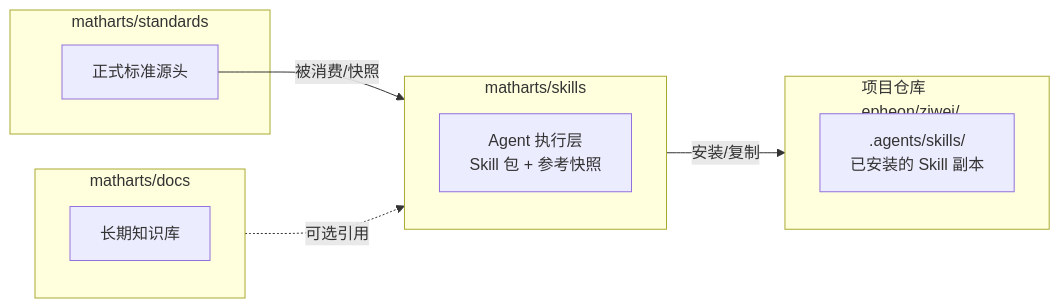
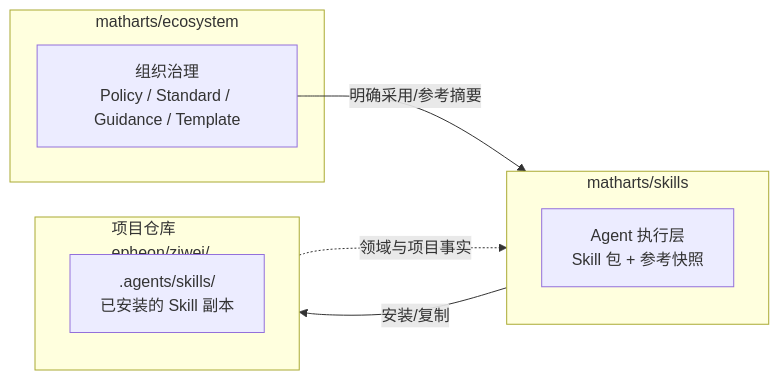
The first of 7 diagrams in docs/DESIGN.md (matharts/skills), drawn with Mermaid before and after one commit. The commit also changed other lines of this file and 3 other files, not shown here.

Commit message:
docs(governance): align skills ecosystem boundary

````diff
--- a/docs/DESIGN.md
+++ b/docs/DESIGN.md
@@ -70,18 +71,15 @@
 ```mermaid
 flowchart LR
-  subgraph Standards["matharts/standards"]
-    S1["正式标准源头"]
-  end
-  subgraph Docs["matharts/docs"]
-    D1["长期知识库"]
+  subgraph Ecosystem["matharts/ecosystem"]
+    E1["组织治理<br/>Policy / Standard / Guidance / Template"]
   end
   subgraph Skills["matharts/skills"]
     SK1["Agent 执行层<br/>Skill 包 + 参考快照"]
   end
   subgraph Project["项目仓库<br/>epheon/ziwei/..."]
     P1[".agents/skills/<br/>已安装的 Skill 副本"]
   end
-  S1 -->|被消费/快照| Skills
+  E1 -->|明确采用/参考摘要| Skills
   Skills -->|安装/复制| Project
-  Docs -.->|可选引用| Skills
+  Project -.->|领域与项目事实| Skills
 ```
````
